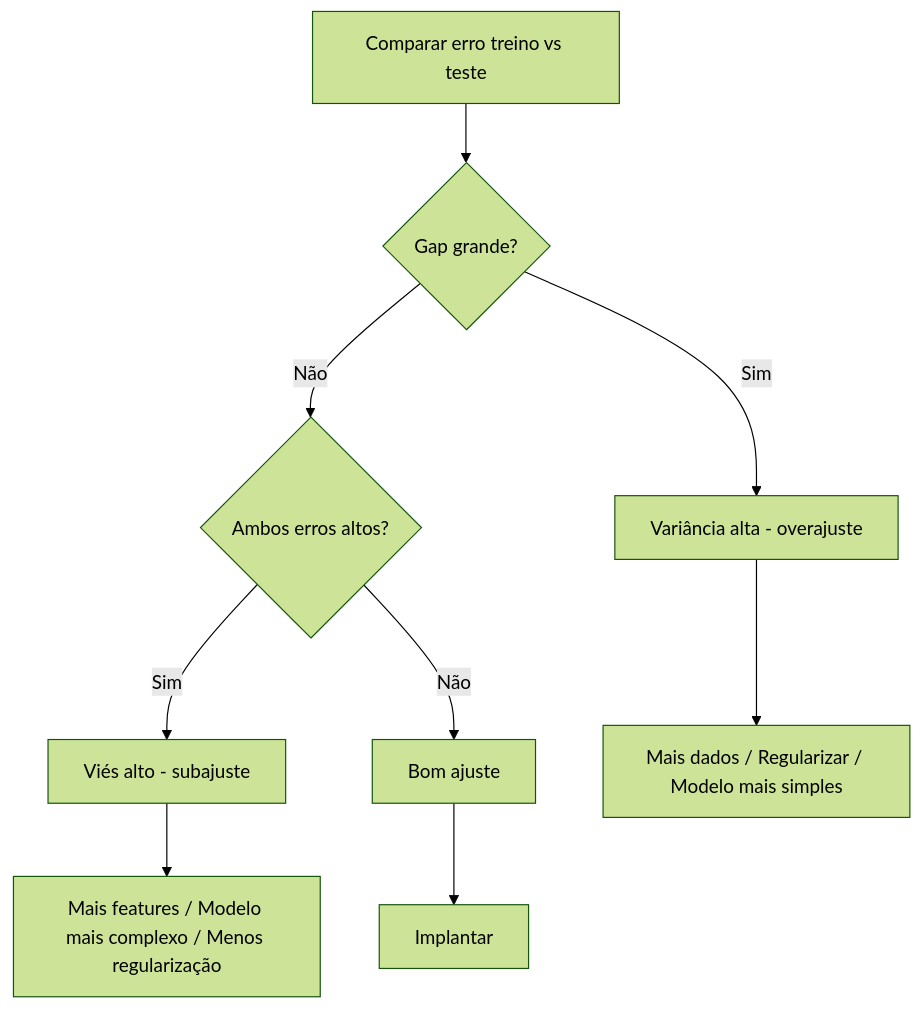
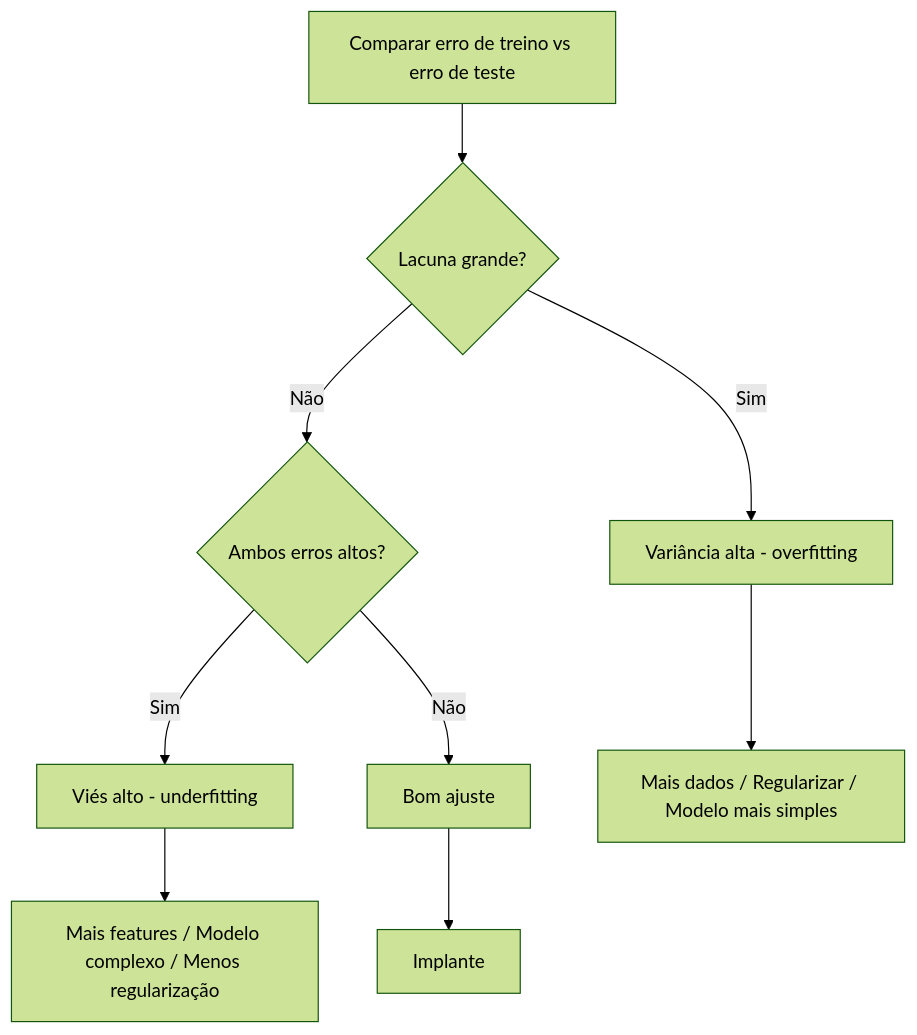
One commit to K3lvin-dev/ai-engineering-from-scratch changed the third of 5 diagrams in phases/02-ml-fundamentals/10-bias-variance/docs/pt-br.md. Above: the diagram before and after it, drawn with Mermaid (forest theme). The commit also changed other lines of this file and 17 other files, not shown here.

````diff
--- a/phases/02-ml-fundamentals/10-bias-variance/docs/pt-br.md
+++ b/phases/02-ml-fundamentals/10-bias-variance/docs/pt-br.md
@@ -101,12 +142,12 @@
 ```mermaid
 flowchart TD
-    A[Comparar erro treino vs teste] --> B{Gap grande?}
-    B -->|Sim| C[Variância alta - overajuste]
+    A[Comparar erro de treino vs erro de teste] --> B{Lacuna grande?}
+    B -->|Sim| C[Variância alta - overfitting]
     B -->|Não| D{Ambos erros altos?}
-    D -->|Sim| E[Viés alto - subajuste]
+    D -->|Sim| E[Viés alto - underfitting]
     D -->|Não| F[Bom ajuste]
 
     C --> G[Mais dados / Regularizar / Modelo mais simples]
-    E --> H[Mais features / Modelo mais complexo / Menos regularização]
-    F --> I[Implantar]
+    E --> H[Mais features / Modelo complexo / Menos regularização]
+    F --> I[Implante]
 ```
````
